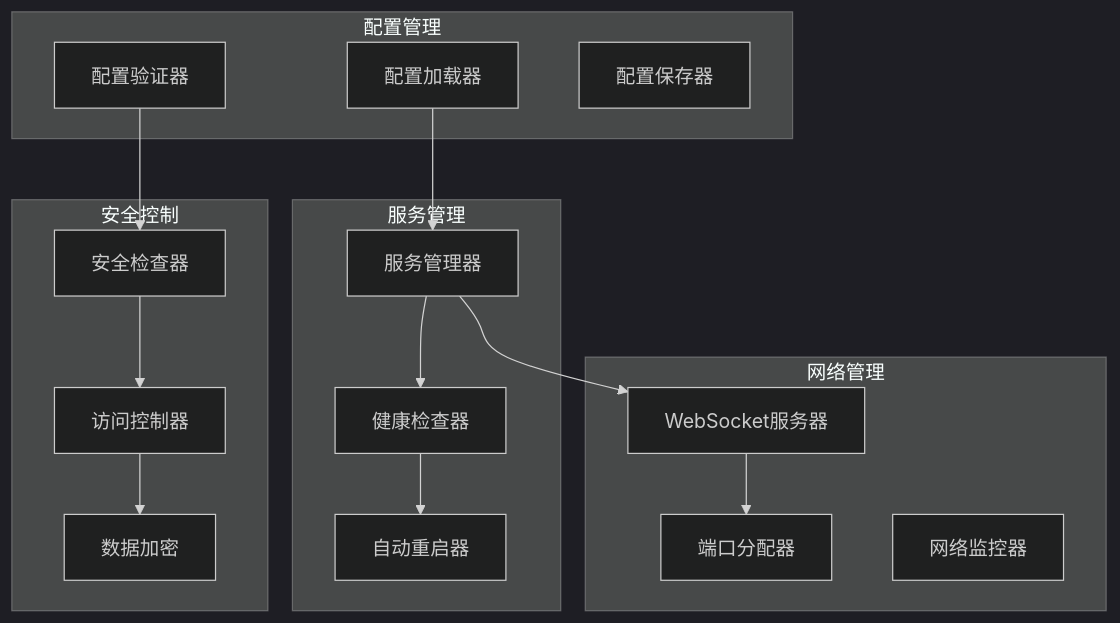
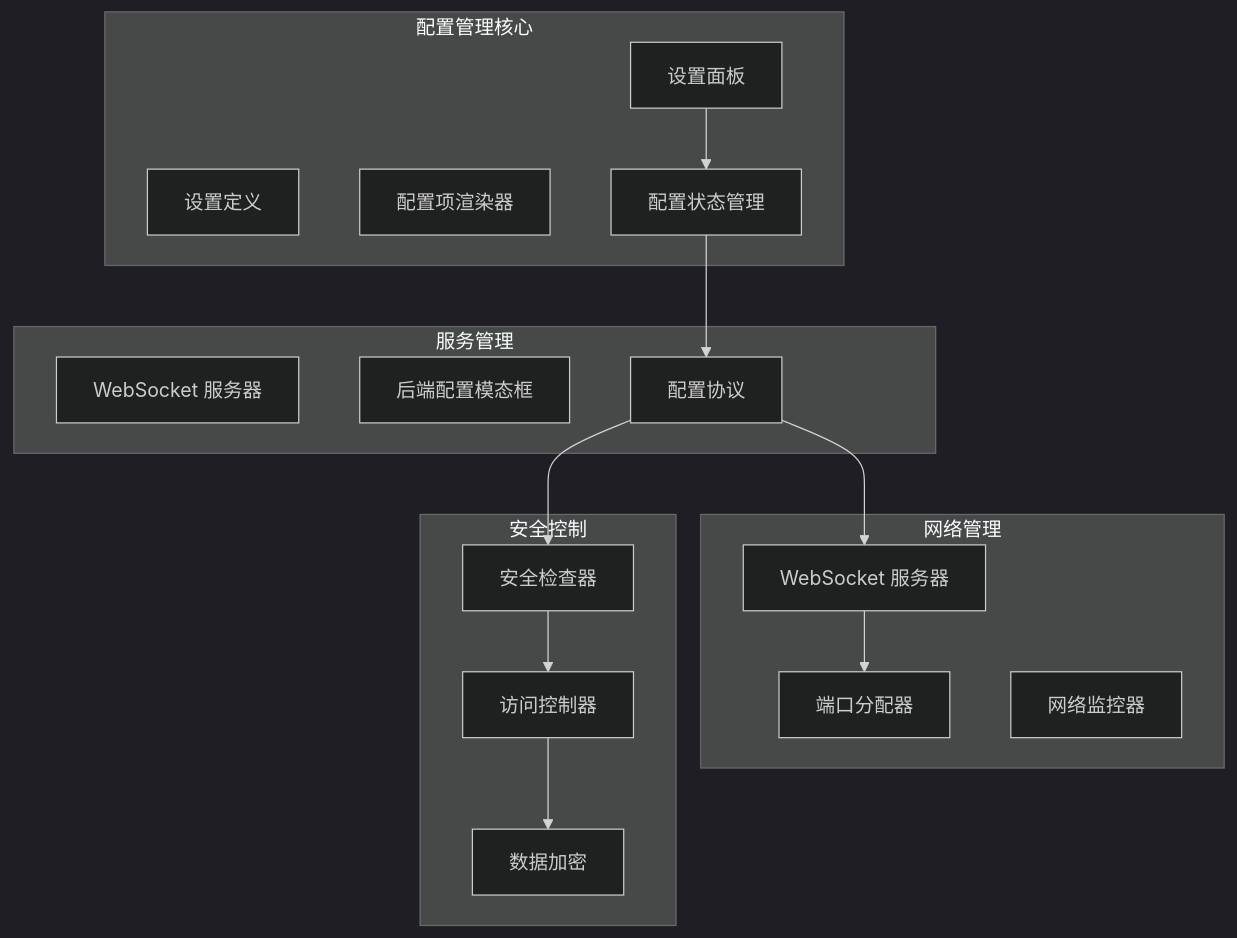
Before and after one commit to kqcoxn/MaaPipelineEditor: the fourth of 9 diagrams in .qoder/repowiki/zh/content/用户界面/面板系统/配置面板/本地服务配置区域.md, drawn with Mermaid (dark theme). The commit also changed other lines of this file and 50 other files, not shown here.

````diff
--- a/.qoder/repowiki/zh/content/用户界面/面板系统/配置面板/本地服务配置区域.md
+++ b/.qoder/repowiki/zh/content/用户界面/面板系统/配置面板/本地服务配置区域.md
@@ -177,31 +209,31 @@
 ```mermaid
 graph TB
-subgraph "配置管理"
-ConfigLoader[配置加载器]
-ConfigValidator[配置验证器]
-ConfigSaver[配置保存器]
+subgraph "配置管理核心"
+SettingsPanel[设置面板]
+SettingsDefinitions[设置定义]
+ConfigItemRenderer[配置项渲染器]
+ConfigStore[配置状态管理]
 end
 subgraph "服务管理"
-ServiceManager[服务管理器]
-HealthChecker[健康检查器]
-AutoRestart[自动重启器]
+LocalWebSocketServer[WebSocket 服务器]
+BackendConfigModal[后端配置模态框]
+ConfigProtocol[配置协议]
 end
 subgraph "网络管理"
-WSServer[WebSocket服务器]
+WSServer[WebSocket 服务器]
 PortAllocator[端口分配器]
 NetworkMonitor[网络监控器]
 end
 subgraph "安全控制"
 SecurityChecker[安全检查器]
 AccessControl[访问控制器]
 Encryption[数据加密]
 end
-ConfigLoader --> ServiceManager
-ServiceManager --> WSServer
+SettingsPanel --> ConfigStore
+ConfigStore --> ConfigProtocol
+ConfigProtocol --> WSServer
 WSServer --> PortAllocator
-ServiceManager --> HealthChecker
-HealthChecker --> AutoRestart
-ConfigValidator --> SecurityChecker
+ConfigProtocol --> SecurityChecker
 SecurityChecker --> AccessControl
 AccessControl --> Encryption
 ```
````
